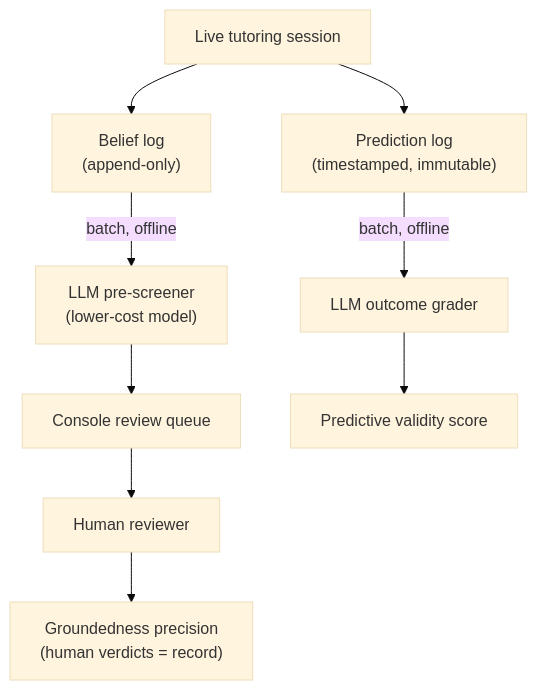
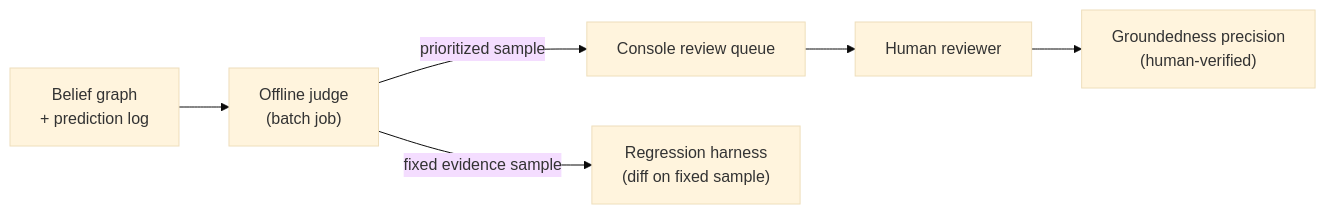
The second of 2 diagrams in src/content/docs/engine/engine-validation.md (stemolly/wiki), drawn with Mermaid (base theme) before and after one commit. The commit also changed other lines of this file and 57 other files, not shown here.

````diff
--- a/src/content/docs/engine/engine-validation.md
+++ b/src/content/docs/engine/engine-validation.md
@@ -103,11 +76,15 @@
 ```mermaid
-flowchart TD
-    Tutor["Live tutoring session"] --> BeliefLog["Belief log<br/>(append-only)"]
-    Tutor --> PredLog["Prediction log<br/>(timestamped, immutable)"]
-    BeliefLog -->|"batch, offline"| Judge["LLM pre-screener<br/>(lower-cost model)"]
-    Judge --> Queue["Console review queue"]
-    Queue --> Human["Human reviewer"]
-    Human --> Metric["Groundedness precision<br/>(human verdicts = record)"]
-    PredLog -->|"batch, offline"| Judge2["LLM outcome grader"]
-    Judge2 --> PredMetric["Predictive validity score"]
+flowchart LR
+    BG["Belief graph<br/>+ prediction log"]
+    Batch["Offline judge<br/>(batch job)"]
+    Queue["Console review queue"]
+    Human["Human reviewer"]
+    Metric["Groundedness precision<br/>(human-verified)"]
+    Harness["Regression harness<br/>(diff on fixed sample)"]
+
+    BG --> Batch
+    Batch -->|"prioritized sample"| Queue
+    Batch -->|"fixed evidence sample"| Harness
+    Queue --> Human
+    Human --> Metric
 ```
````
